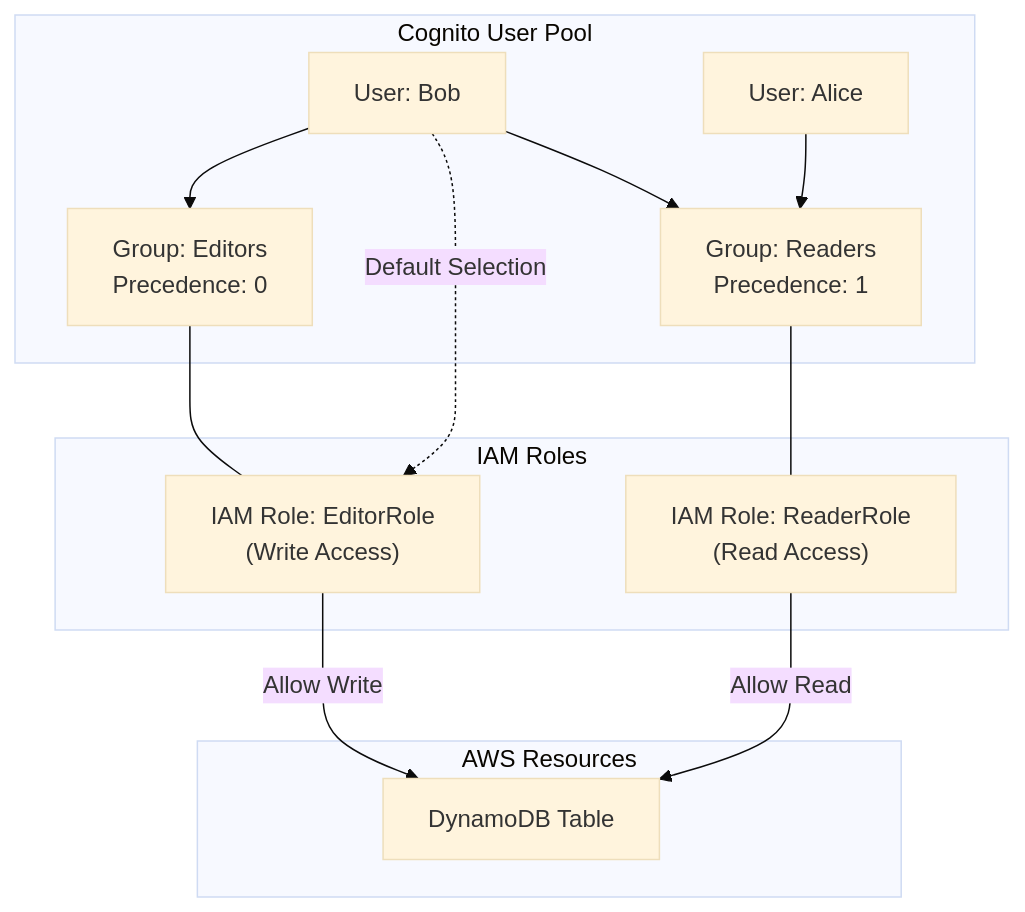
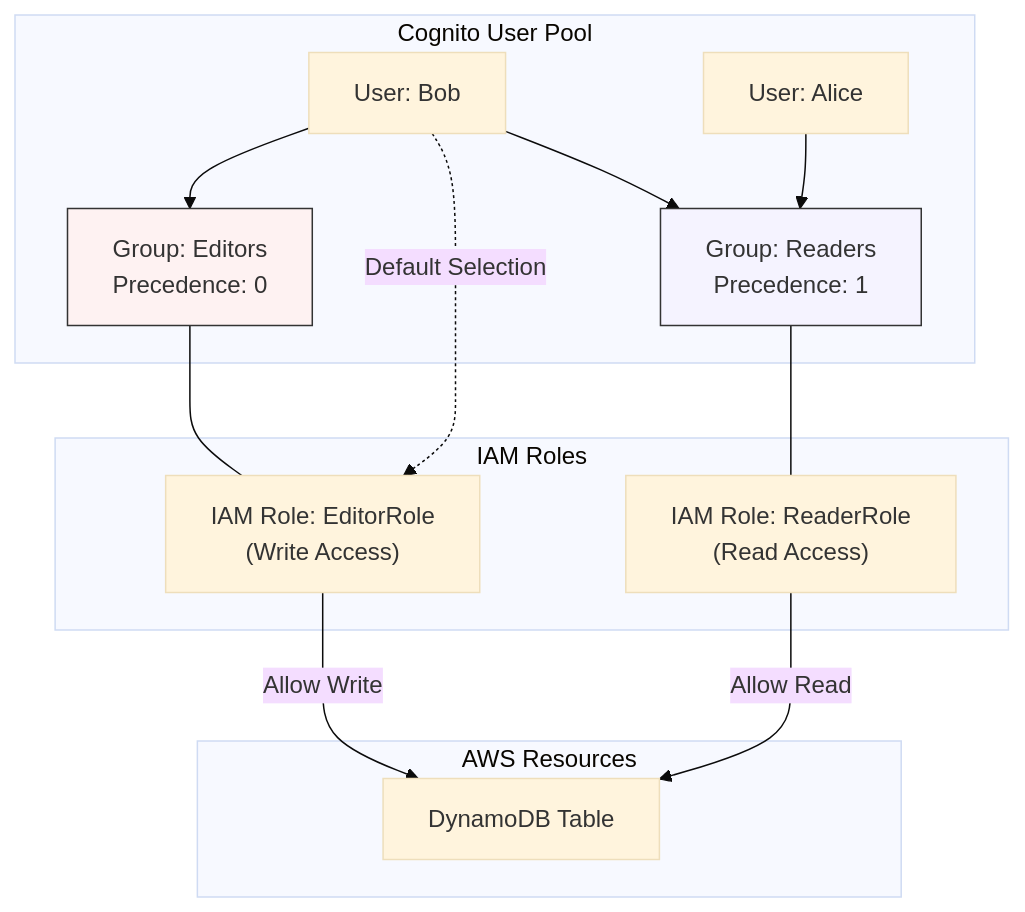
The diagram in domain_4_iam_management/cognito_user_pool_groups.md (Root-Shells/aws_scs_udemy), drawn with Mermaid (base theme) before and after one commit. The commit also changed 7 other files, not shown here.

````diff
--- a/domain_4_iam_management/cognito_user_pool_groups.md
+++ b/domain_4_iam_management/cognito_user_pool_groups.md
@@ -35,31 +35,34 @@
 ```mermaid
 graph TD
     subgraph "Cognito User Pool"
         User1["User: Bob"]
         User2["User: Alice"]
         
         GroupA["Group: Editors<br>Precedence: 0"]
         GroupB["Group: Readers<br>Precedence: 1"]
         
         User1 --> GroupA
         User1 --> GroupB
         User2 --> GroupB
     end
 
     subgraph "IAM Roles"
         RoleEditor["IAM Role: EditorRole<br>(Write Access)"]
         RoleReader["IAM Role: ReaderRole<br>(Read Access)"]
     end
 
     GroupA --- RoleEditor
     GroupB --- RoleReader
 
     subgraph "AWS Resources"
         DDB["DynamoDB Table"]
     end
 
     RoleEditor -->|Allow Write| DDB
     RoleReader -->|Allow Read| DDB
 
     User1 -.->|Default Selection| RoleEditor
+
+    style GroupA fill:#fef2f2,stroke:#333
+    style GroupB fill:#f5f3ff,stroke:#333
 ```
````
